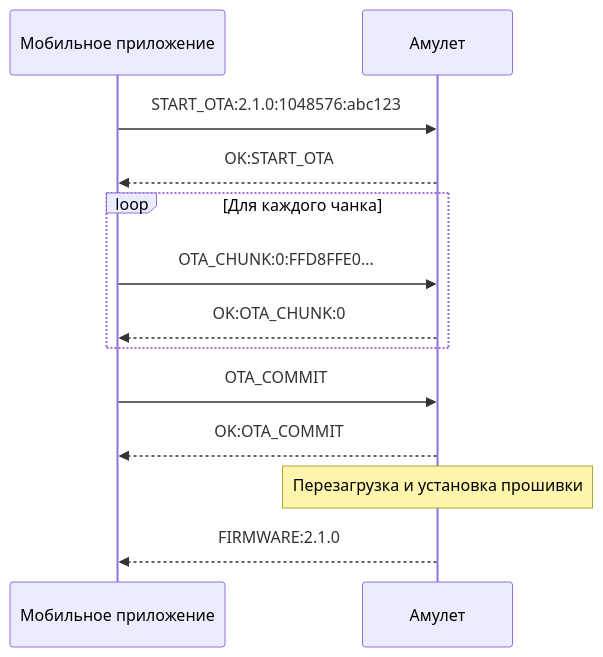
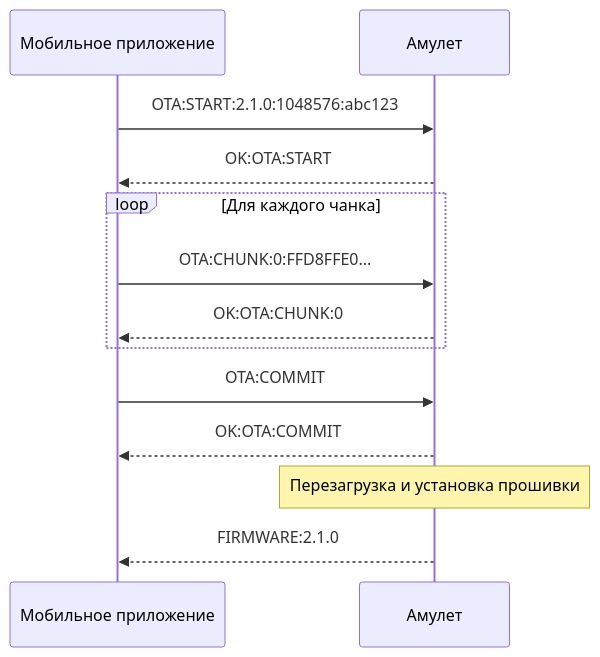
Before and after one commit to BUka228/amulet_android_app: the second of 3 diagrams in docs/20_DATA_LAYER/03_BLE_PROTOCOL.md, drawn with Mermaid. The commit also changed other lines of this file, not shown here.

````diff
--- a/docs/20_DATA_LAYER/03_BLE_PROTOCOL.md
+++ b/docs/20_DATA_LAYER/03_BLE_PROTOCOL.md
@@ -136,20 +165,20 @@
 ```mermaid
 sequenceDiagram
     participant App as Мобильное приложение
     participant Device as Амулет
 
-    App->>Device: START_OTA:2.1.0:1048576:abc123
-    Device-->>App: OK:START_OTA
+    App->>Device: OTA:START:2.1.0:1048576:abc123
+    Device-->>App: OK:OTA:START
 
     loop Для каждого чанка
-        App->>Device: OTA_CHUNK:0:FFD8FFE0...
-        Device-->>App: OK:OTA_CHUNK:0
+        App->>Device: OTA:CHUNK:0:FFD8FFE0...
+        Device-->>App: OK:OTA:CHUNK:0
     end
 
-    App->>Device: OTA_COMMIT
-    Device-->>App: OK:OTA_COMMIT
+    App->>Device: OTA:COMMIT
+    Device-->>App: OK:OTA:COMMIT
 
     Note over Device: Перезагрузка и установка прошивки
 
     Device-->>App: FIRMWARE:2.1.0
 ```
````
